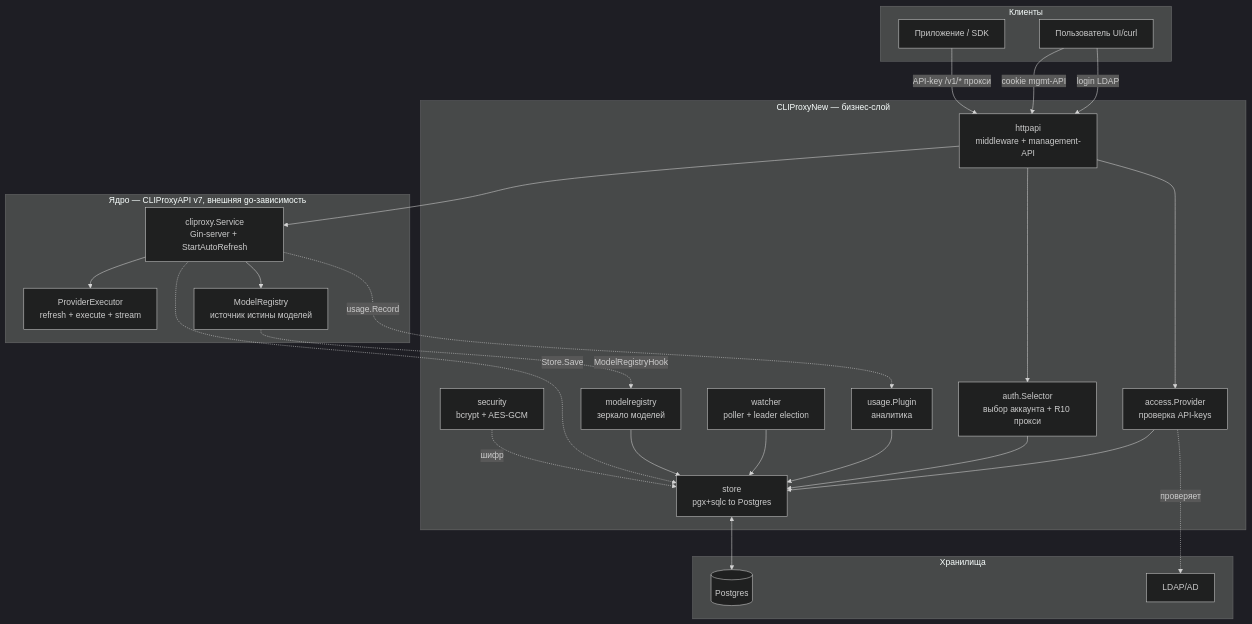
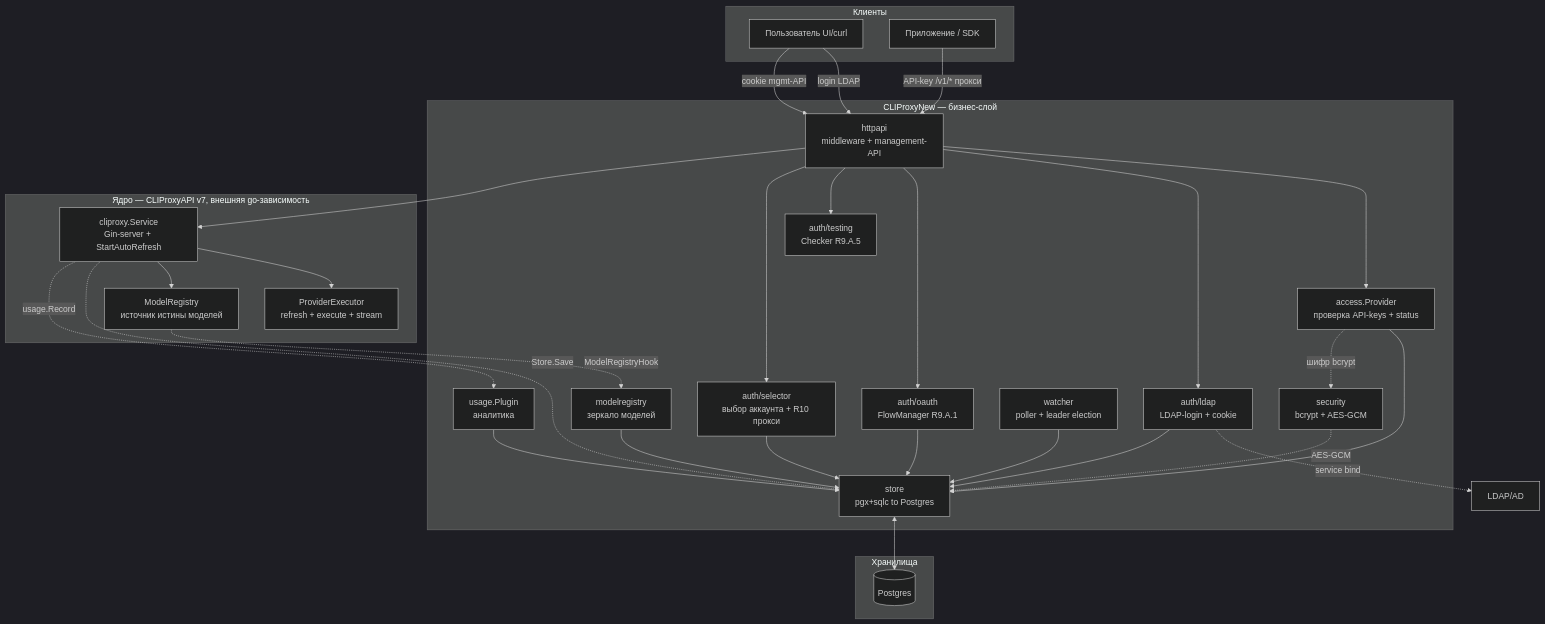
The first of 7 diagrams in docs/architecture.md (ilyast91/CLIProxyNew), drawn with Mermaid (dark theme) before and after one commit. The commit also changed other lines of this file and 2 other files, not shown here.

First line of the commit message:
docs: актуализация всех mermaid-диаграмм

````diff
--- a/docs/architecture.md
+++ b/docs/architecture.md
@@ -13,49 +13,57 @@
 ```mermaid
 graph TB
     subgraph Client["Клиенты"]
         U["Пользователь UI/curl"]
         APP["Приложение / SDK"]
     end
 
     subgraph CLIProxyNew["CLIProxyNew — бизнес-слой"]
         H["httpapi<br/>middleware + management-API"]
-        A["access.Provider<br/>проверка API-keys"]
-        SEL["auth.Selector<br/>выбор аккаунта + R10 прокси"]
+        A["access.Provider<br/>проверка API-keys + status"]
+        LDAP["auth/ldap<br/>LDAP-login + cookie"]
+        SEL["auth/selector<br/>выбор аккаунта + R10 прокси"]
+        OAUTH["auth/oauth<br/>FlowManager R9.A.1"]
+        TEST["auth/testing<br/>Checker R9.A.5"]
         USG["usage.Plugin<br/>аналитика"]
         ST["store<br/>pgx+sqlc to Postgres"]
         SEC["security<br/>bcrypt + AES-GCM"]
         W["watcher<br/>poller + leader election"]
         MR["modelregistry<br/>зеркало моделей"]
     end
 
     subgraph Core["Ядро — CLIProxyAPI v7, внешняя go-зависимость"]
         SVC["cliproxy.Service<br/>Gin-server + StartAutoRefresh"]
         EXEC["ProviderExecutor<br/>refresh + execute + stream"]
         REG["ModelRegistry<br/>источник истины моделей"]
     end
 
     subgraph DS["Хранилища"]
         PG[("Postgres")]
-        LDAP["LDAP/AD"]
     end
 
     U -->|login LDAP| H
     U -->|cookie mgmt-API| H
     APP -->|API-key /v1/* прокси| H
     H --> A
+    H --> LDAP
+    H --> OAUTH
+    H --> TEST
     H --> SEL
     H --> SVC
     SVC --> EXEC
     SVC --> REG
     A --> ST
+    LDAP -.->|service bind| LDAPSrv["LDAP/AD"]
+    LDAP --> ST
     SEL --> ST
+    OAUTH --> ST
     USG --> ST
     W --> ST
     MR --> ST
     ST <--> PG
-    A -.->|проверяет| LDAP
+    A -.->|шифр bcrypt| SEC
     SVC -.->|Store.Save| ST
     SVC -.->|usage.Record| USG
     REG -.->|ModelRegistryHook| MR
-    SEC -.->|шифр| ST
+    SEC -.->|AES-GCM| ST
 ```
````
